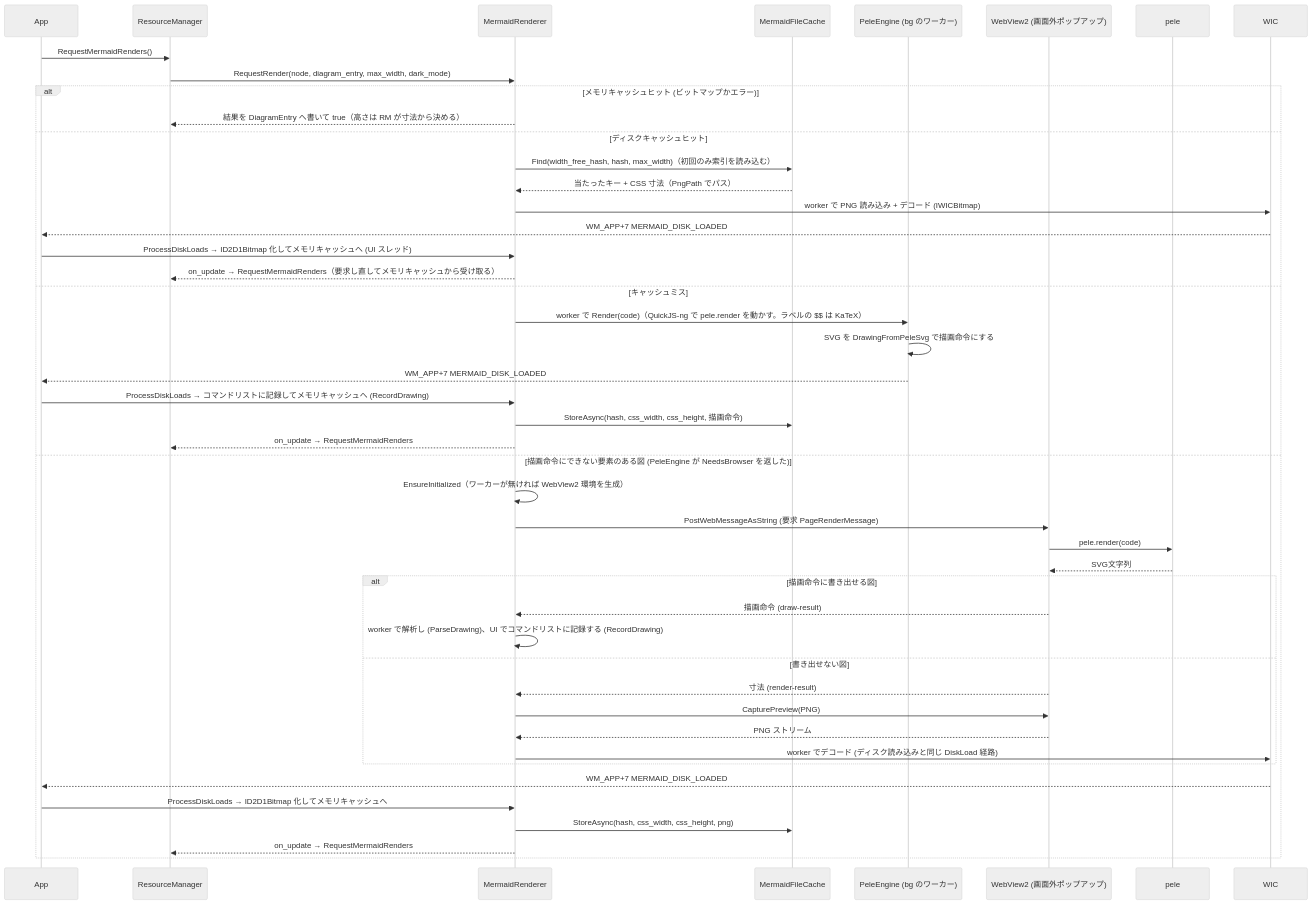
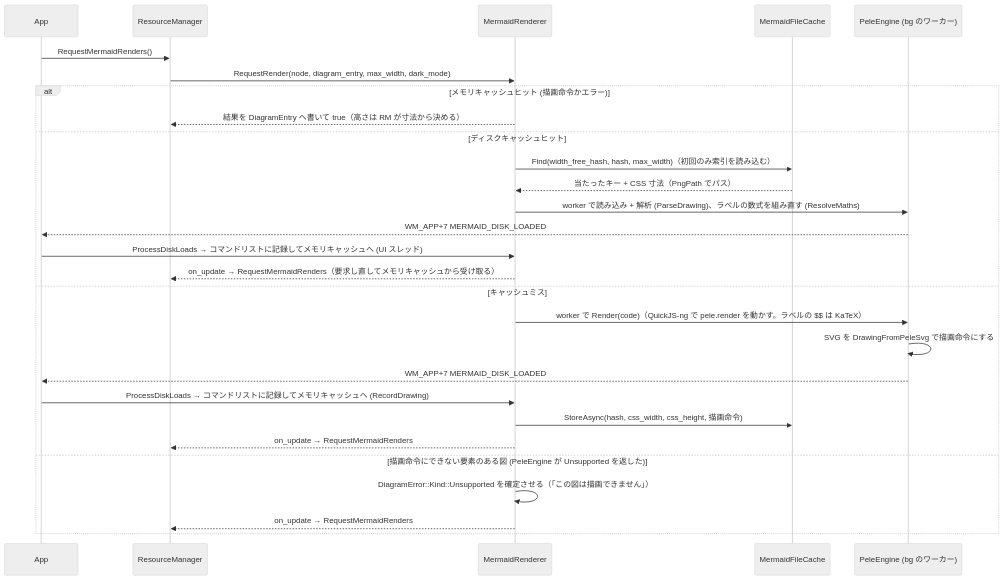
Diagram 11 of 27 in example/test.md (tanaton/mendo), drawn with Mermaid (neutral theme) before and after one commit. The commit also changed other lines of this file and 47 other files, not shown here.

````diff
--- a/example/test.md
+++ b/example/test.md
@@ -1556,49 +1556,31 @@
 ```mermaid
 sequenceDiagram
     participant APP as App
     participant RM as ResourceManager
     participant MR as MermaidRenderer
     participant FC as MermaidFileCache
     participant PE as PeleEngine (bg のワーカー)
-    participant WV as WebView2 (画面外ポップアップ)
-    participant JS as pele
-    participant WIC as WIC
 
     APP->>RM: RequestMermaidRenders()
     RM->>MR: RequestRender(node, diagram_entry, max_width, dark_mode)
-    alt メモリキャッシュヒット (ビットマップかエラー)
+    alt メモリキャッシュヒット (描画命令かエラー)
         MR-->>RM: 結果を DiagramEntry へ書いて true（高さは RM が寸法から決める）
     else ディスクキャッシュヒット
         MR->>FC: Find(width_free_hash, hash, max_width)（初回のみ索引を読み込む）
         FC-->>MR: 当たったキー + CSS 寸法（PngPath でパス）
-        MR->>WIC: worker で PNG 読み込み + デコード (IWICBitmap)
-        WIC-->>APP: WM_APP+7 MERMAID_DISK_LOADED
-        APP->>MR: ProcessDiskLoads → ID2D1Bitmap 化してメモリキャッシュへ (UI スレッド)
+        MR->>PE: worker で読み込み + 解析 (ParseDrawing)、ラベルの数式を組み直す (ResolveMaths)
+        PE-->>APP: WM_APP+7 MERMAID_DISK_LOADED
+        APP->>MR: ProcessDiskLoads → コマンドリストに記録してメモリキャッシュへ (UI スレッド)
         MR-->>RM: on_update → RequestMermaidRenders（要求し直してメモリキャッシュから受け取る）
     else キャッシュミス
         MR->>PE: worker で Render(code)（QuickJS-ng で pele.render を動かす。ラベルの $$ は KaTeX）
         PE->>PE: SVG を DrawingFromPeleSvg で描画命令にする
         PE-->>APP: WM_APP+7 MERMAID_DISK_LOADED
         APP->>MR: ProcessDiskLoads → コマンドリストに記録してメモリキャッシュへ (RecordDrawing)
         MR->>FC: StoreAsync(hash, css_width, css_height, 描画命令)
         MR-->>RM: on_update → RequestMermaidRenders
-    else 描画命令にできない要素のある図 (PeleEngine が NeedsBrowser を返した)
-        MR->>MR: EnsureInitialized（ワーカーが無ければ WebView2 環境を生成）
-        MR->>WV: PostWebMessageAsString (要求 PageRenderMessage)
-        WV->>JS: pele.render(code)
-        JS-->>WV: SVG文字列
-        alt 描画命令に書き出せる図
-            WV-->>MR: 描画命令 (draw-result)
-            MR->>MR: worker で解析し (ParseDrawing)、UI でコマンドリストに記録する (RecordDrawing)
-        else 書き出せない図
-            WV-->>MR: 寸法 (render-result)
-            MR->>WV: CapturePreview(PNG)
-            WV-->>MR: PNG ストリーム
-            MR->>WIC: worker でデコード (ディスク読み込みと同じ DiskLoad 経路)
-        end
-        WIC-->>APP: WM_APP+7 MERMAID_DISK_LOADED
-        APP->>MR: ProcessDiskLoads → ID2D1Bitmap 化してメモリキャッシュへ
-        MR->>FC: StoreAsync(hash, css_width, css_height, png)
+    else 描画命令にできない要素のある図 (PeleEngine が Unsupported を返した)
+        MR->>MR: DiagramError::Kind::Unsupported を確定させる（「この図は描画できません」）
         MR-->>RM: on_update → RequestMermaidRenders
     end
 ```
````
